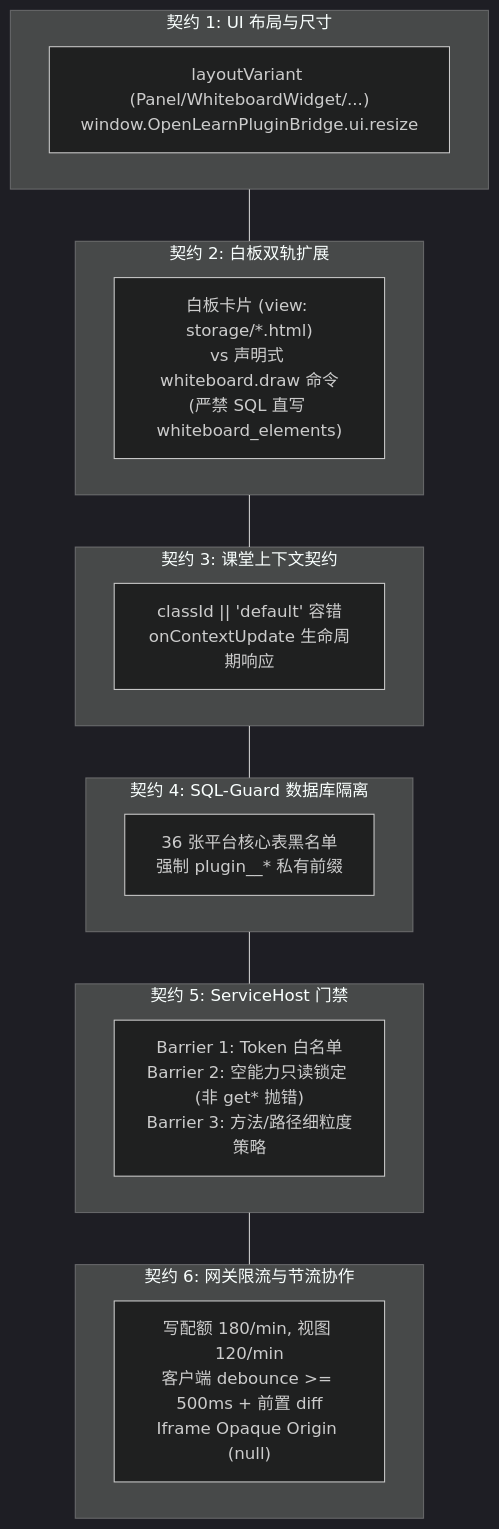
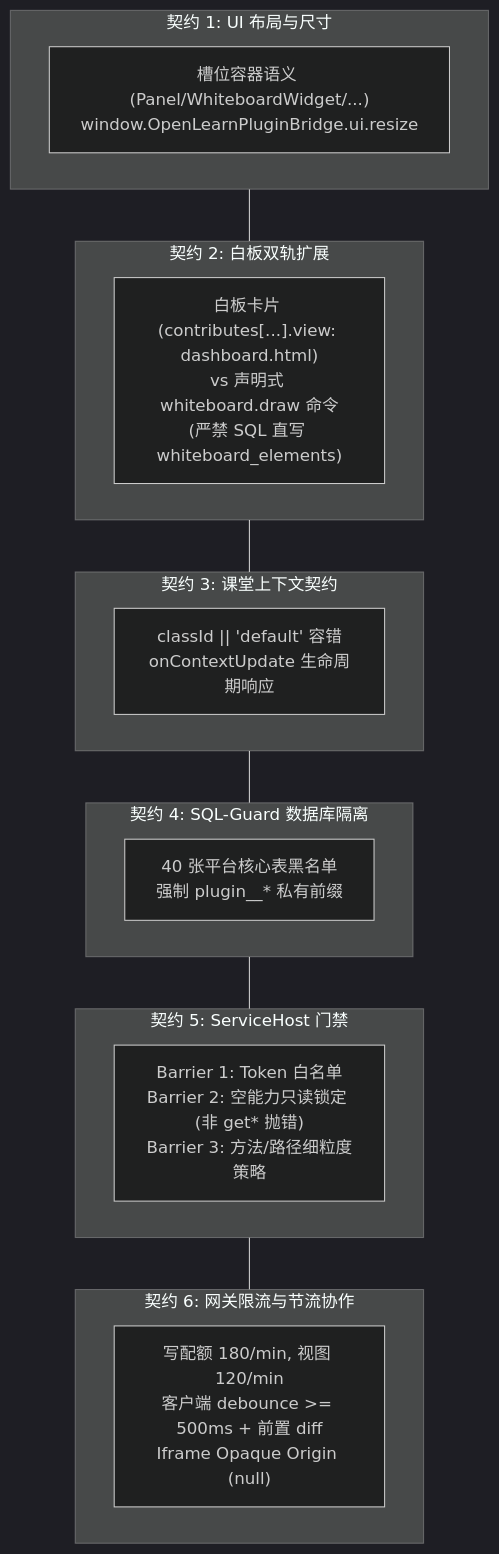
The diagram in docs/reference/plugin-architecture-contracts.md (aymwoo/OpenLearn-Next-V2), drawn with Mermaid (dark theme) before and after one commit. The commit also changed other lines of this file and 71 other files, not shown here.

````diff
--- a/docs/reference/plugin-architecture-contracts.md
+++ b/docs/reference/plugin-architecture-contracts.md
@@ -21,23 +21,23 @@
 ```mermaid
 graph TD
     subgraph UI ["契约 1: UI 布局与尺寸"]
-        C1["layoutVariant (Panel/WhiteboardWidget/...)<br/>window.OpenLearnPluginBridge.ui.resize"]
+        C1["槽位容器语义 (Panel/WhiteboardWidget/...)<br/>window.OpenLearnPluginBridge.ui.resize"]
     end
     subgraph WB ["契约 2: 白板双轨扩展"]
-        C2["白板卡片 (view: storage/*.html)<br/>vs 声明式 whiteboard.draw 命令<br/>(严禁 SQL 直写 whiteboard_elements)"]
+        C2["白板卡片 (contributes[...].view: dashboard.html)<br/>vs 声明式 whiteboard.draw 命令<br/>(严禁 SQL 直写 whiteboard_elements)"]
     end
     subgraph CTX ["契约 3: 课堂上下文契约"]
         C3["classId || 'default' 容错<br/>onContextUpdate 生命周期响应"]
     end
     subgraph DB ["契约 4: SQL-Guard 数据库隔离"]
-        C4["36 张平台核心表黑名单<br/>强制 plugin_<scopeId>_* 私有前缀"]
+        C4["40 张平台核心表黑名单<br/>强制 plugin_<scopeId>_* 私有前缀"]
     end
     subgraph RPC ["契约 5: ServiceHost 门禁"]
         C5["Barrier 1: Token 白名单<br/>Barrier 2: 空能力只读锁定 (非 get* 抛错)<br/>Barrier 3: 方法/路径细粒度策略"]
     end
     subgraph GW ["契约 6: 网关限流与节流协作"]
         C6["写配额 180/min, 视图 120/min<br/>客户端 debounce >= 500ms + 前置 diff<br/>Iframe Opaque Origin (null)"]
     end
 
     UI --- WB --- CTX --- DB --- RPC --- GW
 ```
````
